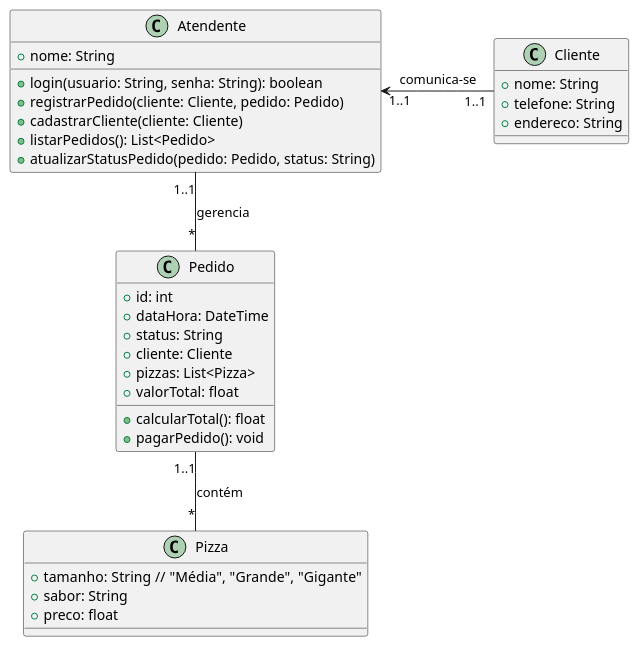
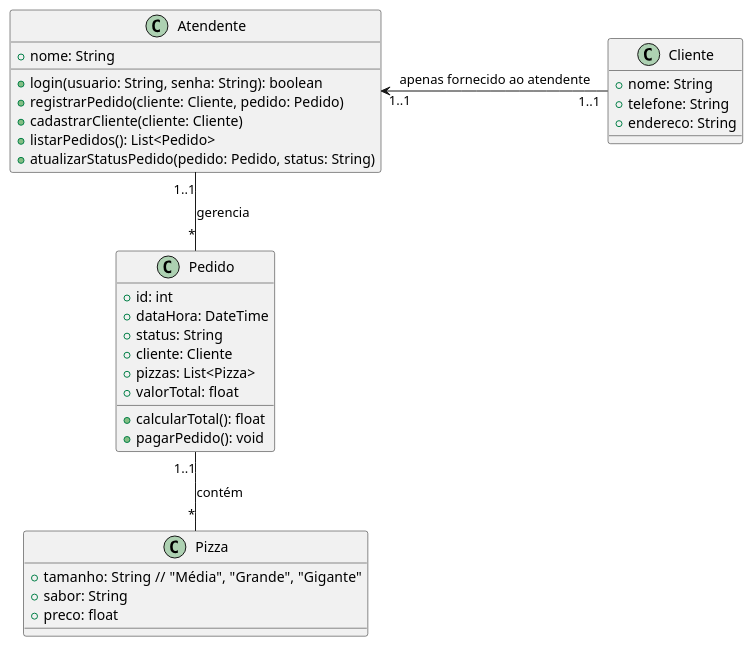
Before and after one commit to kaylannesantos/pizzariaDelivery: the diagram in docs/diagrama_classe/DC-Pizzaria.puml, drawn with PlantUML.

Commit message:
Update - Diagrama de Classe

```diff
--- a/docs/diagrama_classe/DC-Pizzaria.puml
+++ b/docs/diagrama_classe/DC-Pizzaria.puml
@@ -1,39 +1,39 @@
-@startuml Digrama de Classe - Pizzaria
+@startuml Diagrama de Classe - Pizzaria
 
 class Cliente {
     +nome: String
     +telefone: String
     +endereco: String
 }
 
 class Atendente {
     +nome: String
     +login(usuario: String, senha: String): boolean
     +registrarPedido(cliente: Cliente, pedido: Pedido)
     +cadastrarCliente(cliente: Cliente)
     +listarPedidos(): List<Pedido>
     +atualizarStatusPedido(pedido: Pedido, status: String)
 }
 
 class Pizza {
     +tamanho: String  // "Média", "Grande", "Gigante"
     +sabor: String
     +preco: float
 }
 
 class Pedido {
     +id: int
     +dataHora: DateTime
     +status: String
     +cliente: Cliente
     +pizzas: List<Pizza>
     +valorTotal: float
     +calcularTotal(): float
     +pagarPedido(): void
 }
 
-Cliente "1..1" -left-> "1..1" Atendente : comunica-se
+Cliente "1..1" -left-> "1..1" Atendente : apenas fornecido ao atendente
 Atendente "1..1" -- "*" Pedido : gerencia
 Pedido "1..1" -- "*" Pizza : contém
 
 @enduml
```
